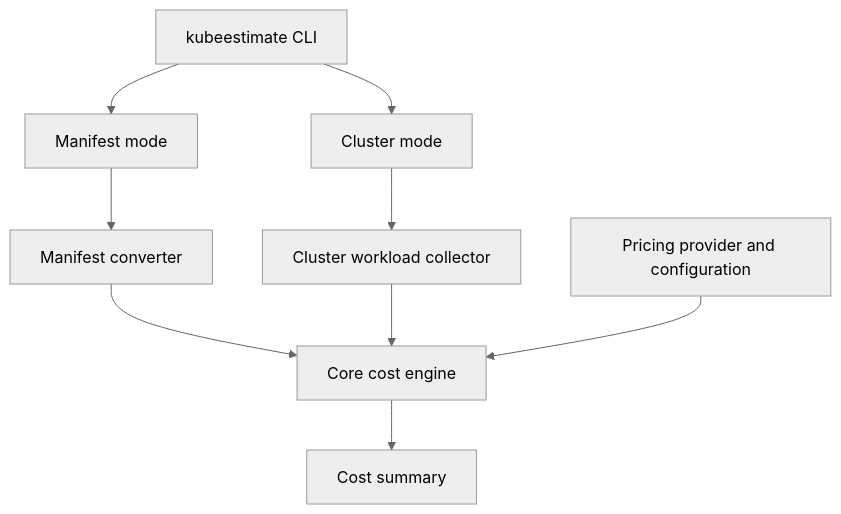
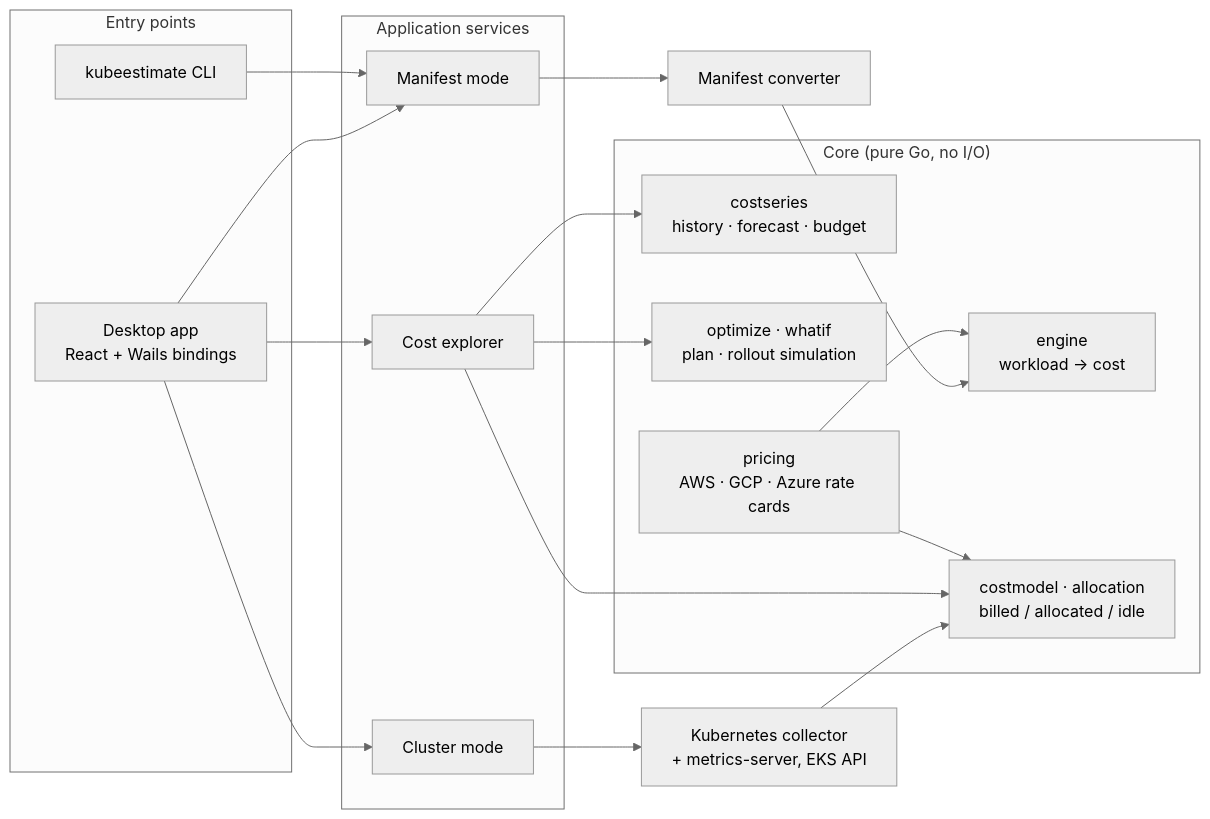
One commit to Kilianrm/kube-budget changed the diagram in README.md. Above: the diagram before and after it, drawn with Mermaid (neutral theme). The commit also changed other lines of this file and 70 other files, not shown here.

````diff
--- a/README.md
+++ b/README.md
@@ -37,20 +44,30 @@
 ```mermaid
-flowchart TD
-   CLI["kubeestimate CLI"]
-   ManifestMode["Manifest mode"]
-   ClusterMode["Cluster mode"]
-   Converter["Manifest converter"]
-   Collector["Cluster workload collector"]
-   Core["Core cost engine"]
-   Pricing["Pricing provider and configuration"]
-   Output["Cost summary"]
+flowchart LR
+    subgraph Entry["Entry points"]
+        App["Desktop app<br/>React + Wails bindings"]
+        CLI["kubeestimate CLI"]
+    end
 
-   CLI --> ManifestMode
-   CLI --> ClusterMode
-   ManifestMode --> Converter
-   ClusterMode --> Collector
-   Converter --> Core
-   Collector --> Core
-   Pricing --> Core
-   Core --> Output
+    subgraph Services["Application services"]
+        Manifest["Manifest mode"]
+        Cluster["Cluster mode"]
+        Explorer["Cost explorer"]
+    end
+
+    subgraph Core["Core (pure Go, no I/O)"]
+        Engine["engine<br/>workload → cost"]
+        Model["costmodel · allocation<br/>billed / allocated / idle"]
+        Series["costseries<br/>history · forecast · budget"]
+        Optimize["optimize · whatif<br/>plan · rollout simulation"]
+        Pricing["pricing<br/>AWS · GCP · Azure rate cards"]
+    end
+
+    App --> Manifest & Cluster & Explorer
+    CLI --> Manifest
+    Manifest --> Converter["Manifest converter"]
+    Cluster --> Collector["Kubernetes collector<br/>+ metrics-server, EKS API"]
+    Converter --> Engine
+    Collector --> Model
+    Explorer --> Model & Series & Optimize
+    Pricing --> Engine & Model
 ```
````
